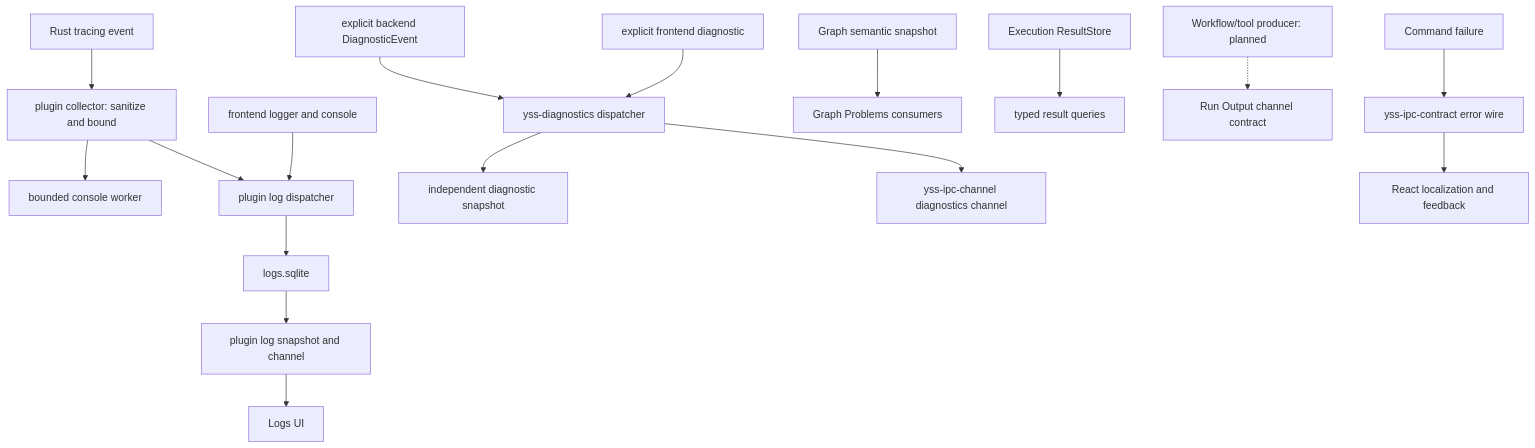
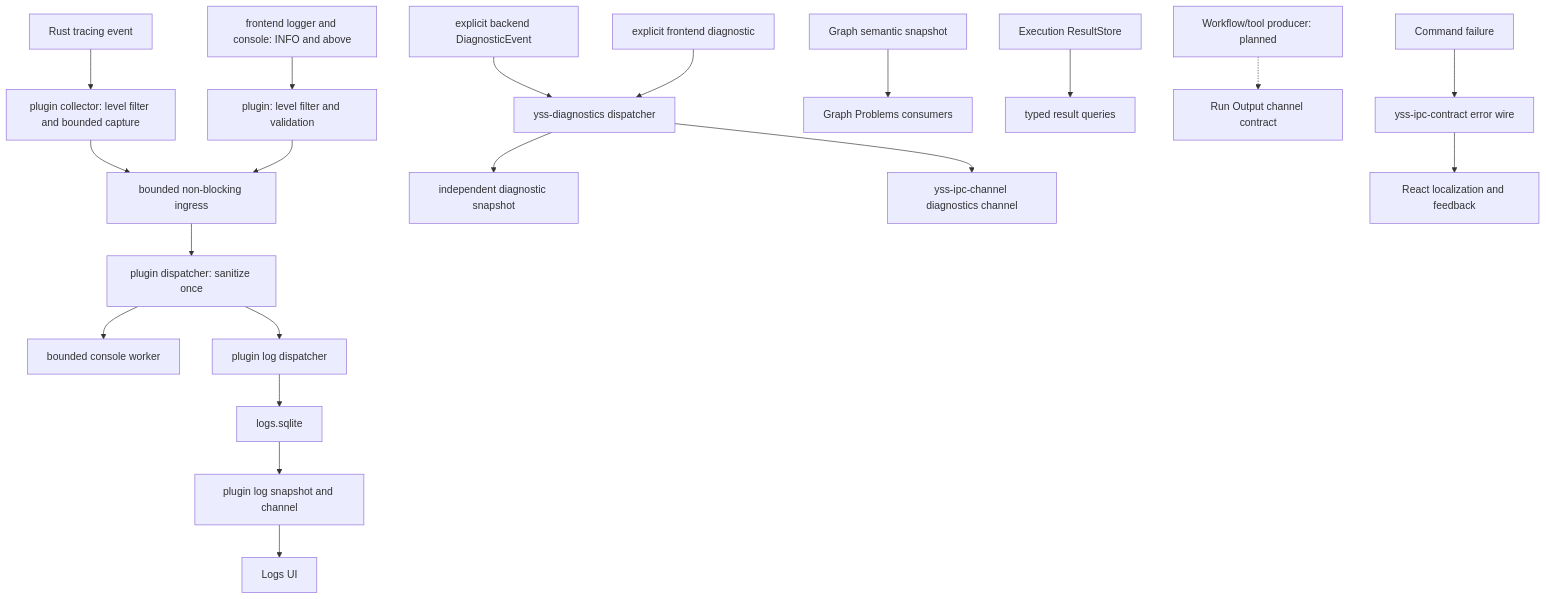
One commit to zhouyi207/YssBI changed the diagram in docs/architecture/RUNTIME_SIGNALS.md. Above: the diagram before and after it, drawn with Mermaid. The commit also changed other lines of this file and 18 other files, not shown here.

Commit message:
perf(logging): bound capture and defer sanitization to dispatcher

````diff
--- a/docs/architecture/RUNTIME_SIGNALS.md
+++ b/docs/architecture/RUNTIME_SIGNALS.md
@@ -34,20 +34,23 @@
 ```mermaid
 flowchart TD
-  TRACE[Rust tracing event] --> SANITIZE[plugin collector: sanitize and bound]
+  TRACE[Rust tracing event] --> CAPTURE[plugin collector: level filter and bounded capture]
+  CAPTURE --> INGRESS[bounded non-blocking ingress]
+  INGRESS --> SANITIZE[plugin dispatcher: sanitize once]
   SANITIZE --> CONSOLE[bounded console worker]
   SANITIZE --> LOGPLUGIN[plugin log dispatcher]
-  FELOG[frontend logger and console] --> LOGPLUGIN
+  FELOG[frontend logger and console: INFO and above] --> FEVALIDATE[plugin: level filter and validation]
+  FEVALIDATE --> INGRESS
   LOGPLUGIN --> SQLITE[logs.sqlite]
   SQLITE --> LOGCHANNEL[plugin log snapshot and channel]
   LOGCHANNEL --> LOGS[Logs UI]
   RUSTDIAG[explicit backend DiagnosticEvent] --> DIAG[yss-diagnostics dispatcher]
   FEDIAG[explicit frontend diagnostic] --> DIAG
   DIAG --> RECENT[independent diagnostic snapshot]
   DIAG --> LIVE[yss-ipc-channel diagnostics channel]
 
   GRAPH[Graph semantic snapshot] --> PROBLEMS[Graph Problems consumers]
   RESULT[Execution ResultStore] --> RESULTQUERY[typed result queries]
   PROGRAM[Workflow/tool producer: planned] -.-> OUTPUT[Run Output channel contract]
   FAILURE[Command failure] --> WIRE[yss-ipc-contract error wire]
   WIRE --> FEEDBACK[React localization and feedback]
 ```
````
